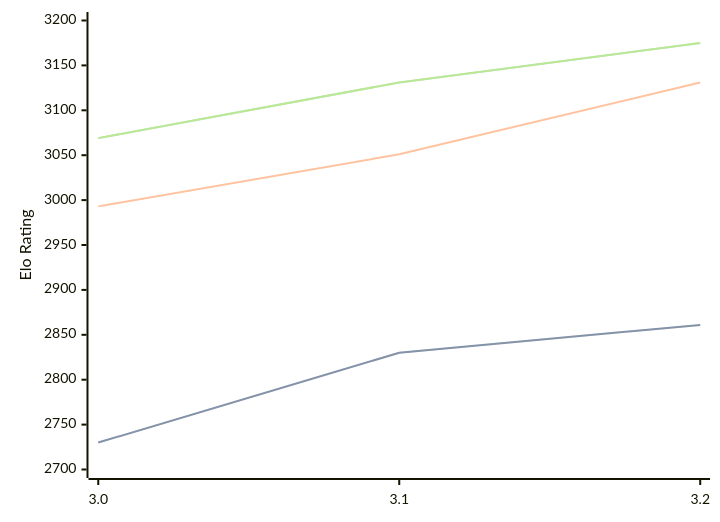
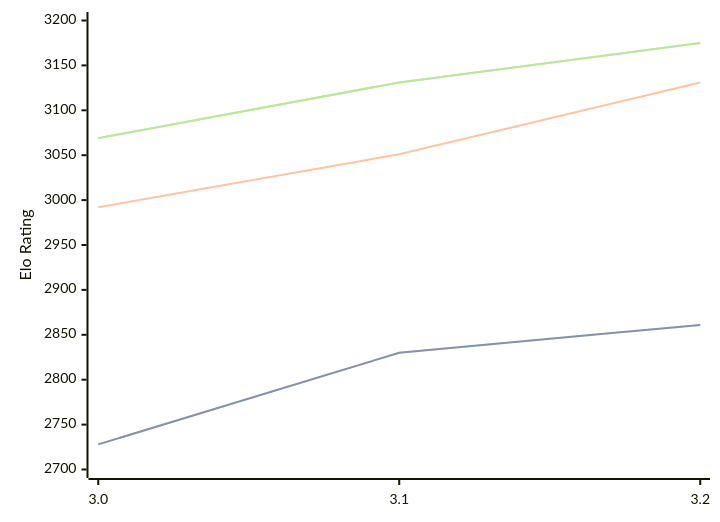
One commit to computer-chess-index/cci changed the diagram in engines/Vajolet2.md. Above: the diagram before and after it, drawn with Mermaid. The commit also changed other lines of this file, not shown here.

````diff
--- a/engines/Vajolet2.md
+++ b/engines/Vajolet2.md
@@ -33,11 +33,11 @@
 ```mermaid
 %%{init: {"theme":"base","themeVariables":{"seriesColors:['#a3a3a3','#222221','#faa371']}}}%%
 xychart-beta
   x-axis ["3.0", "3.1", "3.2"]
   y-axis "Elo Rating" 2700 --> 3200
-  line "" [2730, 2830, 2861]
-  line "STC (8.0+0.08s)" [2730, 2830, 2861]
-  line "LTC (60.0+0.60s)" [2993, 3051, 3131]
+  line "" [2728, 2830, 2861]
+  line "STC (8.0+0.08s)" [2728, 2830, 2861]
+  line "LTC (60.0+0.60s)" [2992, 3051, 3131]
   line "" [3069, 3131, 3175]
   line "VLTC (2m24s+1.12s)" [3069, 3131, 3175]
 ```
````
